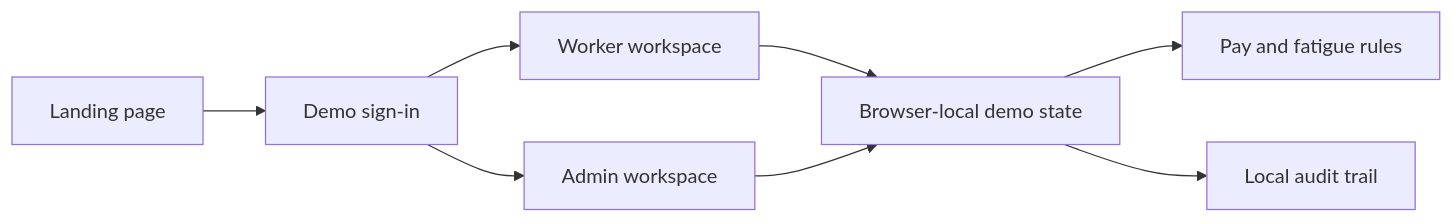
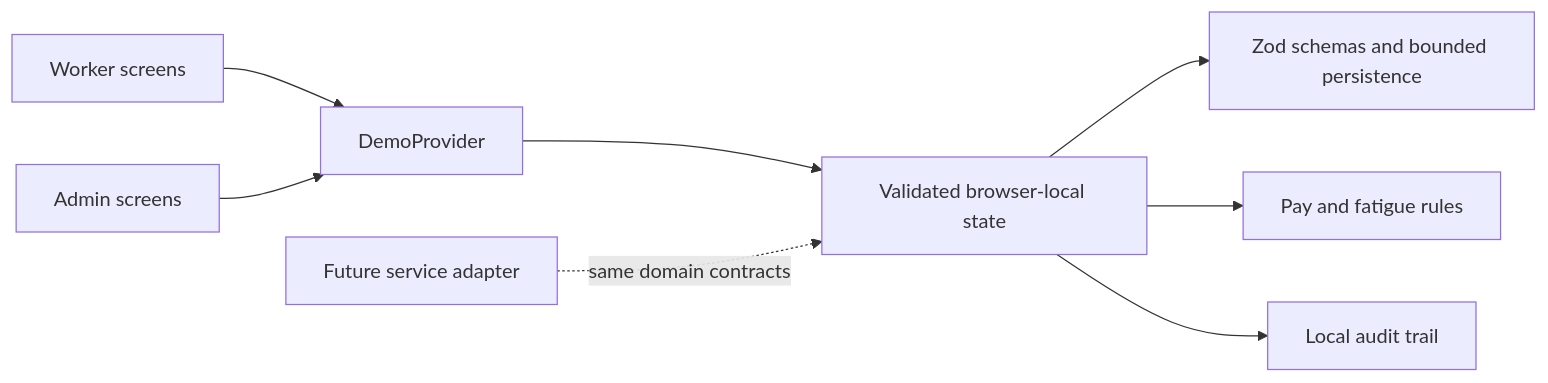
The second of 2 diagrams in README.md (Ars6ad/PROMPT-WARS-EXE-2), drawn with Mermaid before and after one commit. The commit also changed other lines of this file and 1 other file, not shown here.

````diff
--- a/README.md
+++ b/README.md
@@ -57,10 +137,10 @@
 ```mermaid
 flowchart LR
-  L[Landing page] --> S[Demo sign-in]
-  S --> W[Worker workspace]
-  S --> A[Admin workspace]
-  W --> D[Browser-local demo state]
-  A --> D
-  D --> P[Pay and fatigue rules]
-  D --> T[Local audit trail]
+  W[Worker screens] --> P[DemoProvider]
+  A[Admin screens] --> P
+  P --> S[Validated browser-local state]
+  S --> Z[Zod schemas and bounded persistence]
+  S --> R[Pay and fatigue rules]
+  S --> L[Local audit trail]
+  F[Future service adapter] -.same domain contracts.-> S
 ```
````
